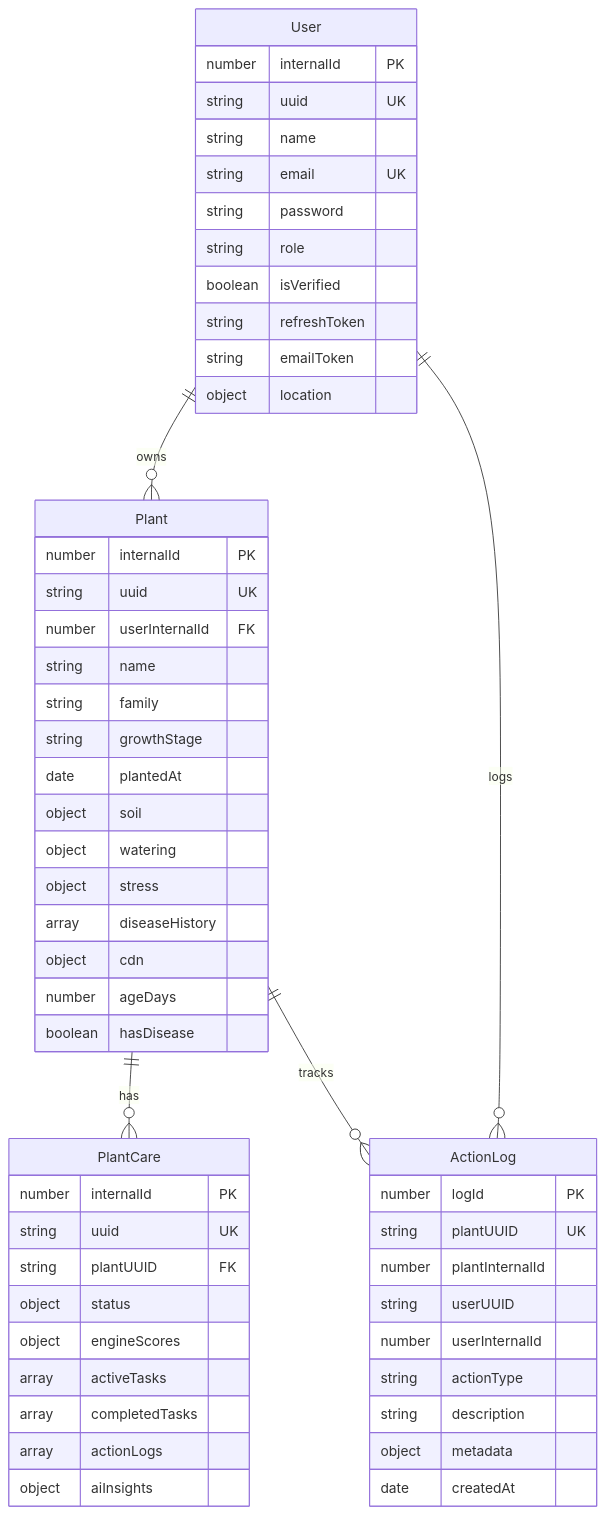
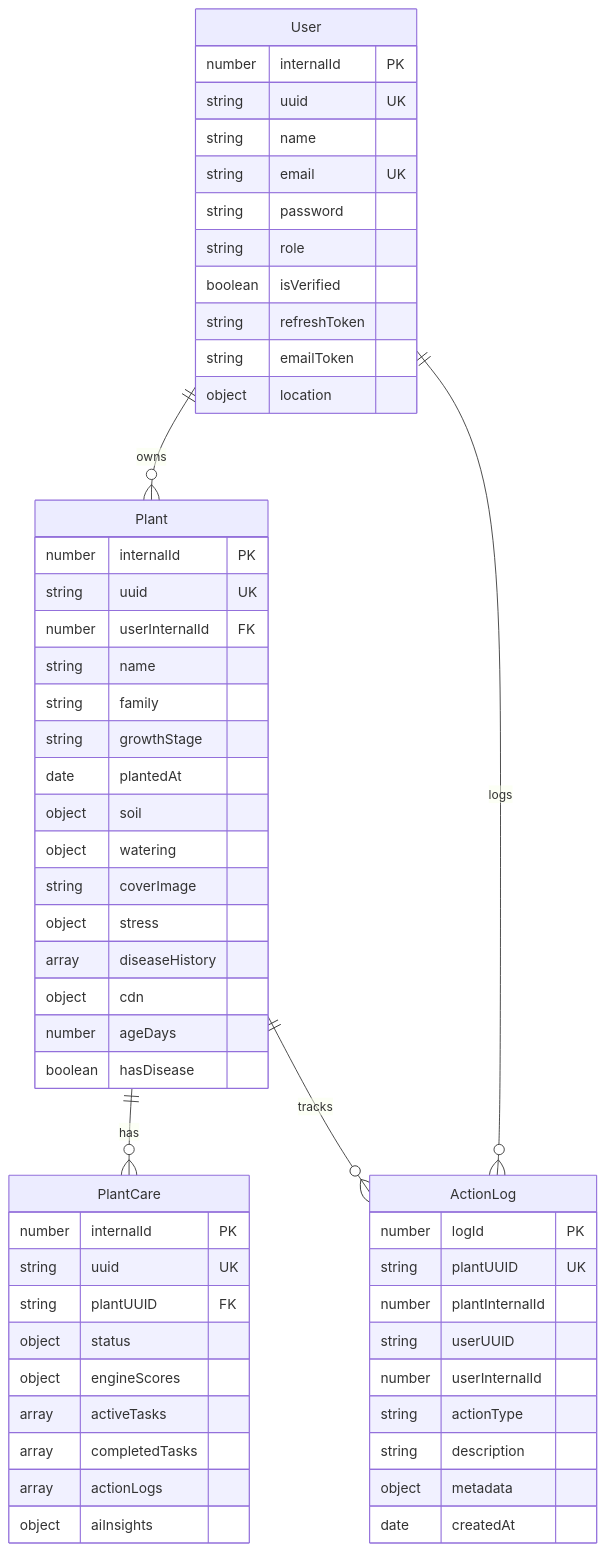
The seventh of 9 diagrams in Backend/README.md (AH0Cs50/TerraVision_AI), drawn with Mermaid before and after one commit. The commit also changed other lines of this file and 9 other files, not shown here.

Commit message:
docs: update all docs for change-password, weather endpoint, and coverImage

````diff
--- a/Backend/README.md
+++ b/Backend/README.md
@@ -899,57 +911,58 @@
 ```mermaid
 erDiagram
     User ||--o{ Plant : owns
     Plant ||--o{ PlantCare : has
     Plant ||--o{ ActionLog : "tracks"
     User ||--o{ ActionLog : logs
     User {
         number internalId PK
         string uuid UK
         string name
         string email UK
         string password
         string role
         boolean isVerified
         string refreshToken
         string emailToken
         object location
     }
     Plant {
         number internalId PK
         string uuid UK
         number userInternalId FK
         string name
         string family
         string growthStage
         date plantedAt
         object soil
         object watering
+        string coverImage
         object stress
         array diseaseHistory
         object cdn
         number ageDays
         boolean hasDisease
     }
     PlantCare {
         number internalId PK
         string uuid UK
         string plantUUID FK
         object status
         object engineScores
         array activeTasks
         array completedTasks
         array actionLogs
         object aiInsights
     }
     ActionLog {
         number logId PK
         string plantUUID UK
         number plantInternalId
         string userUUID
         number userInternalId
         string actionType
         string description
         object metadata
         date createdAt
     }
 ```
````
